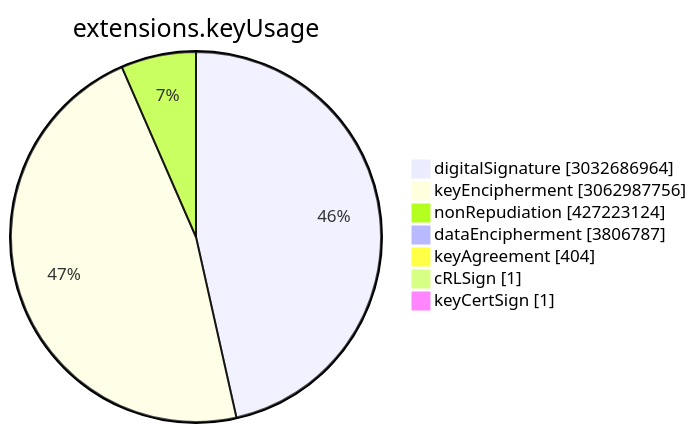
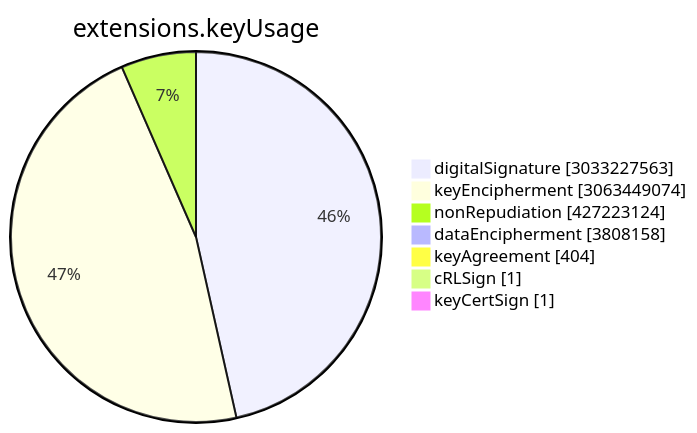
Before and after one commit to christiankrug/ctmonitor_visualization: the sixth of 15 diagrams in TOTAL/README.md, drawn with Mermaid. The commit also changed other lines of this file, not shown here.

````diff
--- a/TOTAL/README.md
+++ b/TOTAL/README.md
@@ -3077,11 +3077,11 @@
 ```mermaid
 pie showData
 title extensions.keyUsage
-"digitalSignature" :3032686964
-"keyEncipherment" :3062987756
+"digitalSignature" :3033227563
+"keyEncipherment" :3063449074
 "nonRepudiation" :427223124
-"dataEncipherment" :3806787
+"dataEncipherment" :3808158
 "keyAgreement" :404
 "cRLSign" :1
 "keyCertSign" :1
 ```
````
